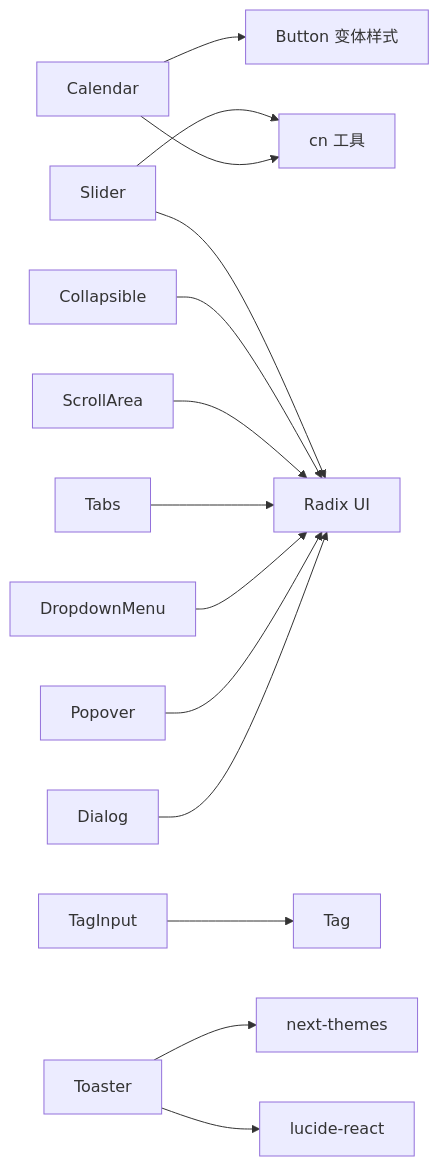
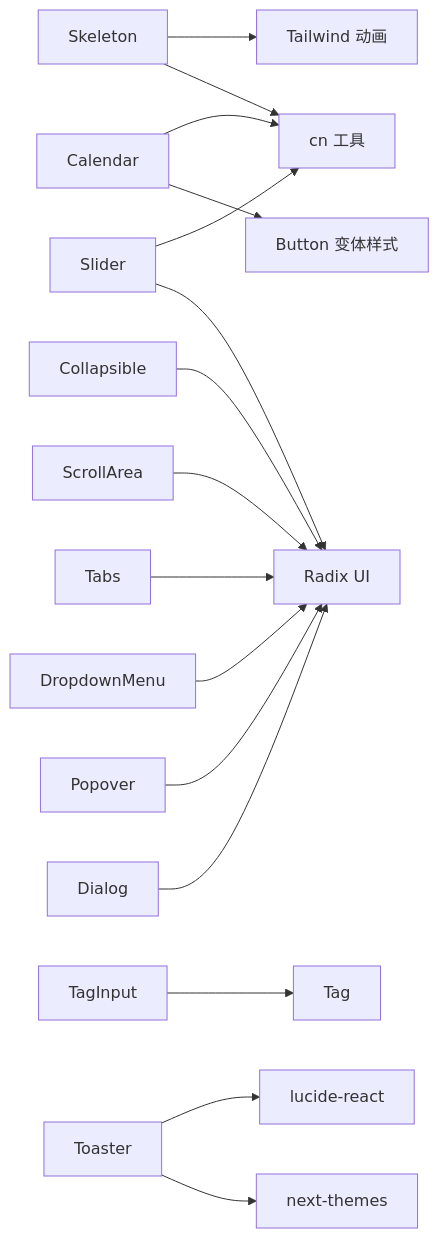
Before and after one commit to RadiumAg/image-saas: the seventh of 7 diagrams in .qoder/repowiki/zh/content/前端组件架构/UI 组件库/UI 组件库.md, drawn with Mermaid. The commit also changed other lines of this file and 60 other files, not shown here.

````diff
--- a/.qoder/repowiki/zh/content/前端组件架构/UI 组件库/UI 组件库.md
+++ b/.qoder/repowiki/zh/content/前端组件架构/UI 组件库/UI 组件库.md
@@ -679,16 +672,18 @@
 ```mermaid
 graph LR
 Calendar["Calendar"] --> Button["Button 变体样式"]
 Calendar --> cn["cn 工具"]
 Dialog["Dialog"] --> Radix["Radix UI"]
 Popover["Popover"] --> Radix
 Dropdown["DropdownMenu"] --> Radix
 Tabs["Tabs"] --> Radix
 Scroll["ScrollArea"] --> Radix
 Coll["Collapsible"] --> Radix
 TagInput["TagInput"] --> Tag["Tag"]
 Toaster["Toaster"] --> Theme["next-themes"]
 Toaster --> Icons["lucide-react"]
 Slider["Slider"] --> Radix
 Slider --> cn
+Skeleton["Skeleton"] --> cn
+Skeleton --> Tailwind["Tailwind 动画"]
 ```
````
